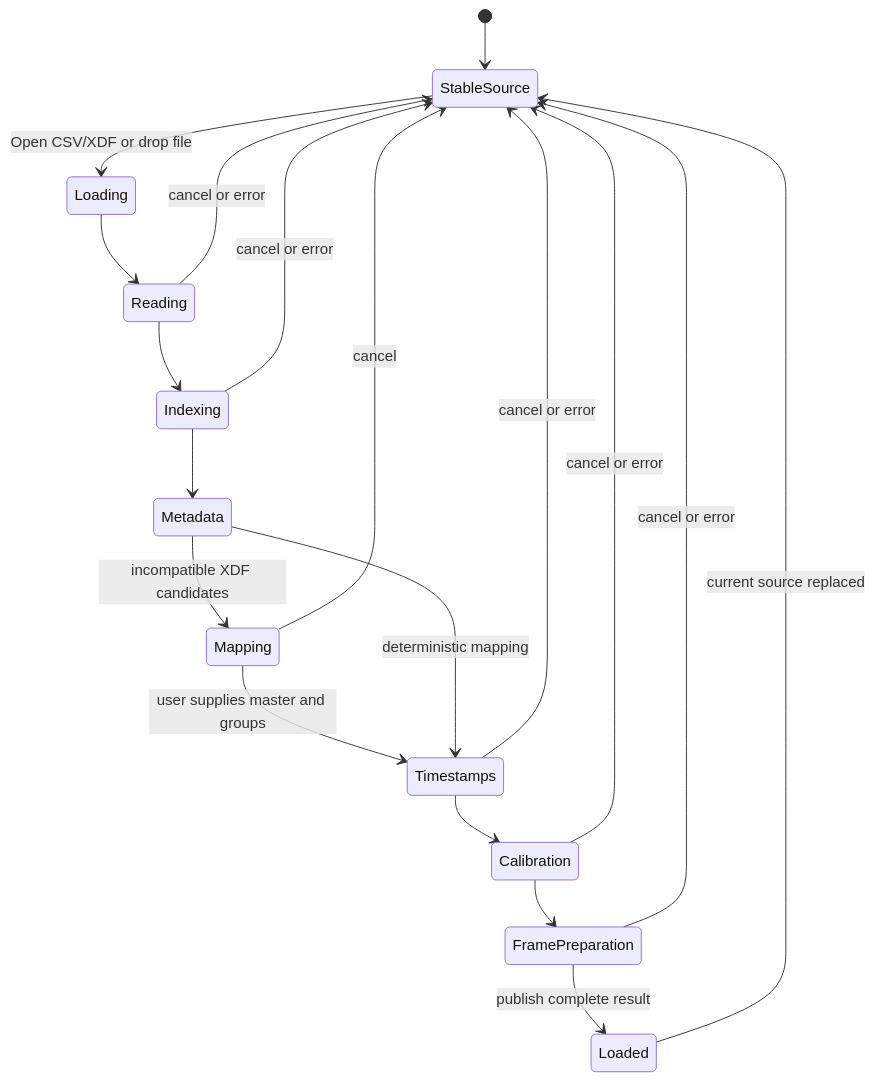
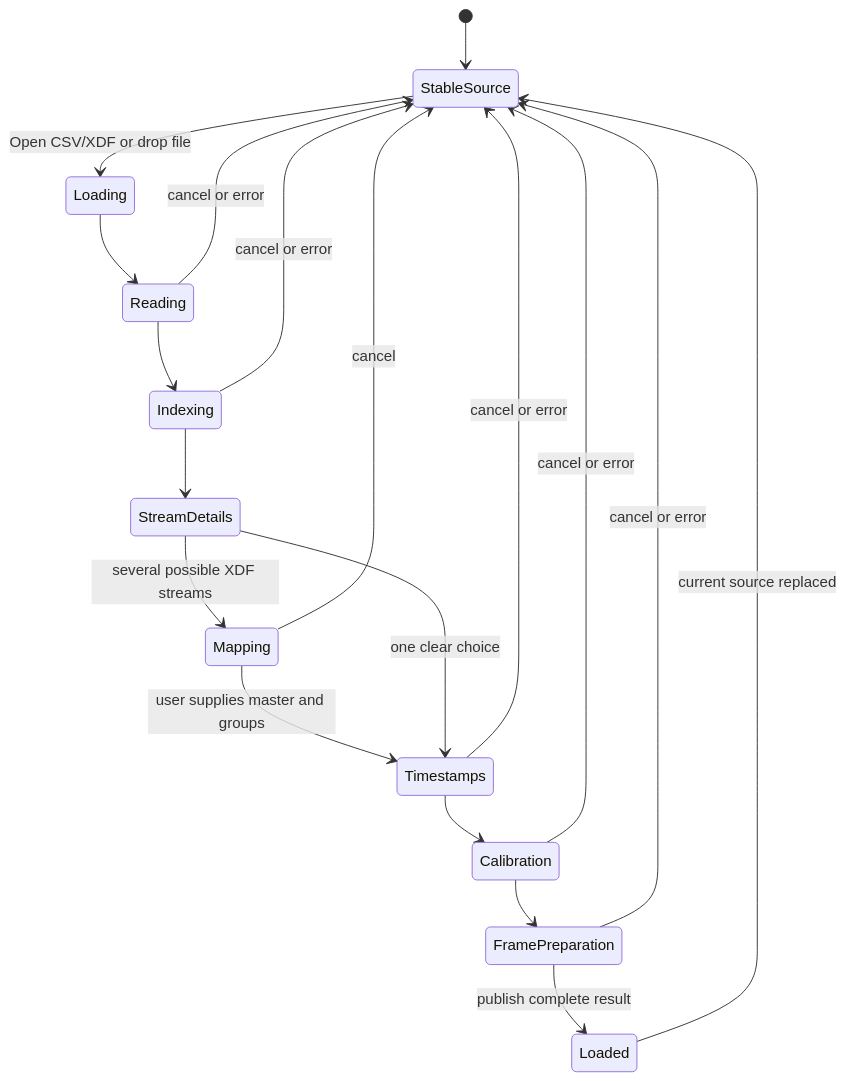
Before and after one commit to attackofthetitan/vicon-lsl-sync: the tenth of 15 diagrams in docs/runtime-state-machines.md, drawn with Mermaid. The commit also changed other lines of this file and 6 other files, not shown here.

````diff
--- a/docs/runtime-state-machines.md
+++ b/docs/runtime-state-machines.md
@@ -369,21 +403,21 @@
 ```mermaid
 stateDiagram-v2
     [*] --> StableSource
     StableSource --> Loading: Open CSV/XDF or drop file
     Loading --> Reading
     Reading --> Indexing
-    Indexing --> Metadata
-    Metadata --> Mapping: incompatible XDF candidates
+    Indexing --> StreamDetails
+    StreamDetails --> Mapping: several possible XDF streams
     Mapping --> Timestamps: user supplies master and groups
-    Metadata --> Timestamps: deterministic mapping
+    StreamDetails --> Timestamps: one clear choice
     Timestamps --> Calibration
     Calibration --> FramePreparation
     FramePreparation --> Loaded: publish complete result
     Reading --> StableSource: cancel or error
     Indexing --> StableSource: cancel or error
     Mapping --> StableSource: cancel
     Timestamps --> StableSource: cancel or error
     Calibration --> StableSource: cancel or error
     FramePreparation --> StableSource: cancel or error
     Loaded --> StableSource: current source replaced
 ```
````
